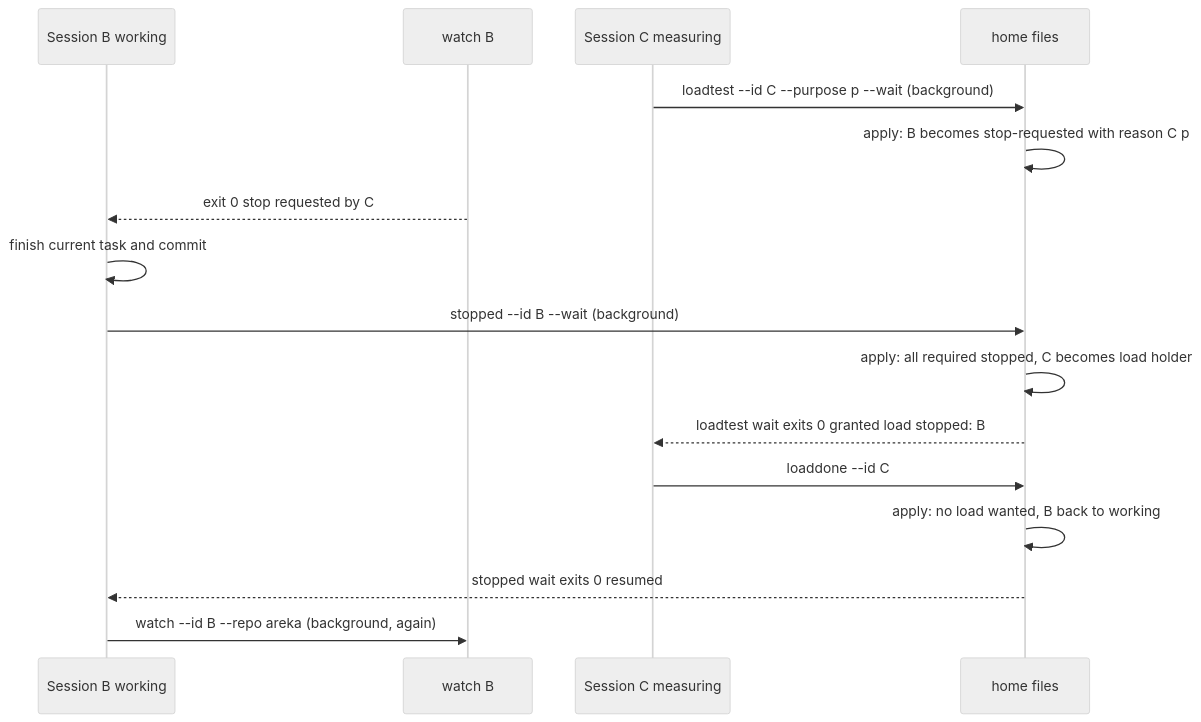
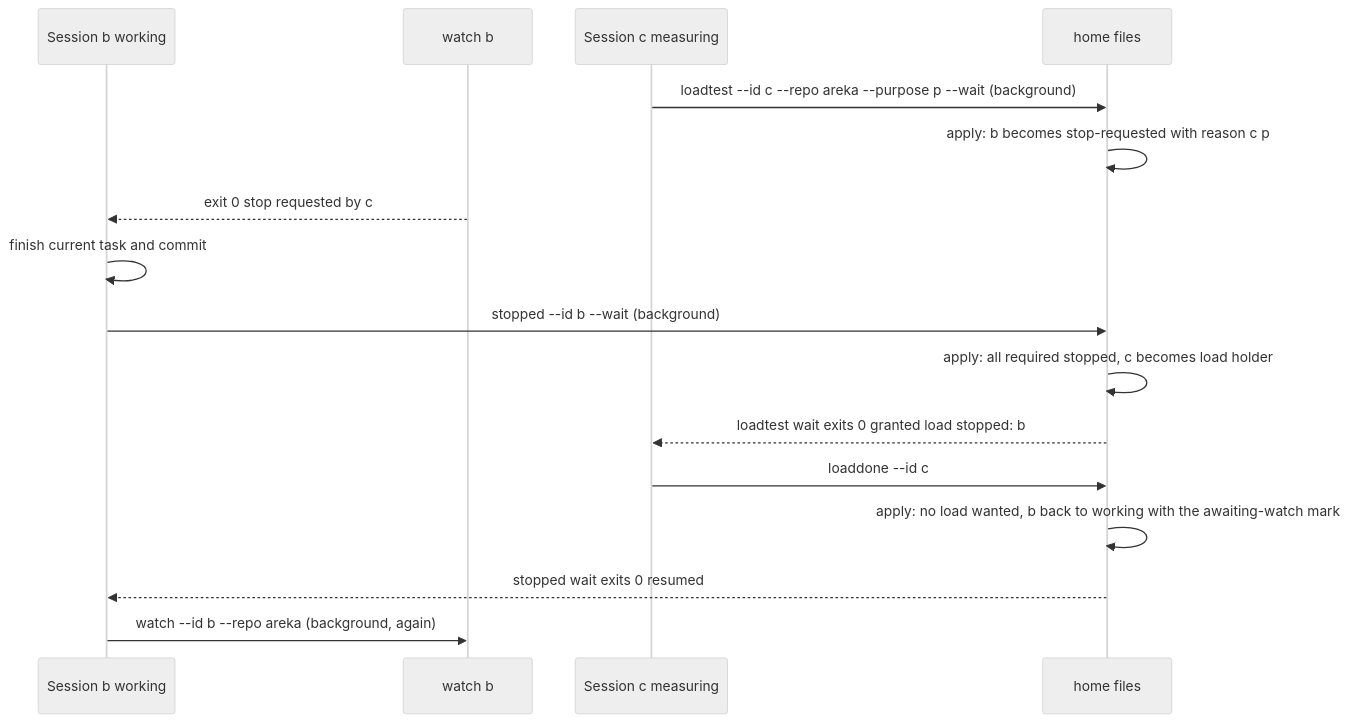
Before and after one commit to ekicyou/areka: the third of 5 diagrams in .kiro/specs/areka-P0-impl-watch/design.md, drawn with Mermaid (neutral theme). The commit also changed other lines of this file and 2 other files, not shown here.

First line of the commit message:
docs(areka-P0-impl-watch): reflect the nine approved rulings and the as-built design in the spec

````diff
--- a/.kiro/specs/areka-P0-impl-watch/design.md
+++ b/.kiro/specs/areka-P0-impl-watch/design.md
@@ -237,18 +272,18 @@
 ```mermaid
 sequenceDiagram
-    participant B as Session B working
-    participant WB as watch B
-    participant C as Session C measuring
+    participant B as Session b working
+    participant WB as watch b
+    participant C as Session c measuring
     participant F as home files
-    C->>F: loadtest --id C --purpose p --wait (background)
-    F->>F: apply: B becomes stop-requested with reason C p
-    WB-->>B: exit 0 stop requested by C
+    C->>F: loadtest --id c --repo areka --purpose p --wait (background)
+    F->>F: apply: b becomes stop-requested with reason c p
+    WB-->>B: exit 0 stop requested by c
     B->>B: finish current task and commit
-    B->>F: stopped --id B --wait (background)
-    F->>F: apply: all required stopped, C becomes load holder
-    F-->>C: loadtest wait exits 0 granted load stopped: B
-    C->>F: loaddone --id C
-    F->>F: apply: no load wanted, B back to working
+    B->>F: stopped --id b --wait (background)
+    F->>F: apply: all required stopped, c becomes load holder
+    F-->>C: loadtest wait exits 0 granted load stopped: b
+    C->>F: loaddone --id c
+    F->>F: apply: no load wanted, b back to working with the awaiting-watch mark
     F-->>B: stopped wait exits 0 resumed
-    B->>WB: watch --id B --repo areka (background, again)
+    B->>WB: watch --id b --repo areka (background, again)
 ```
````
